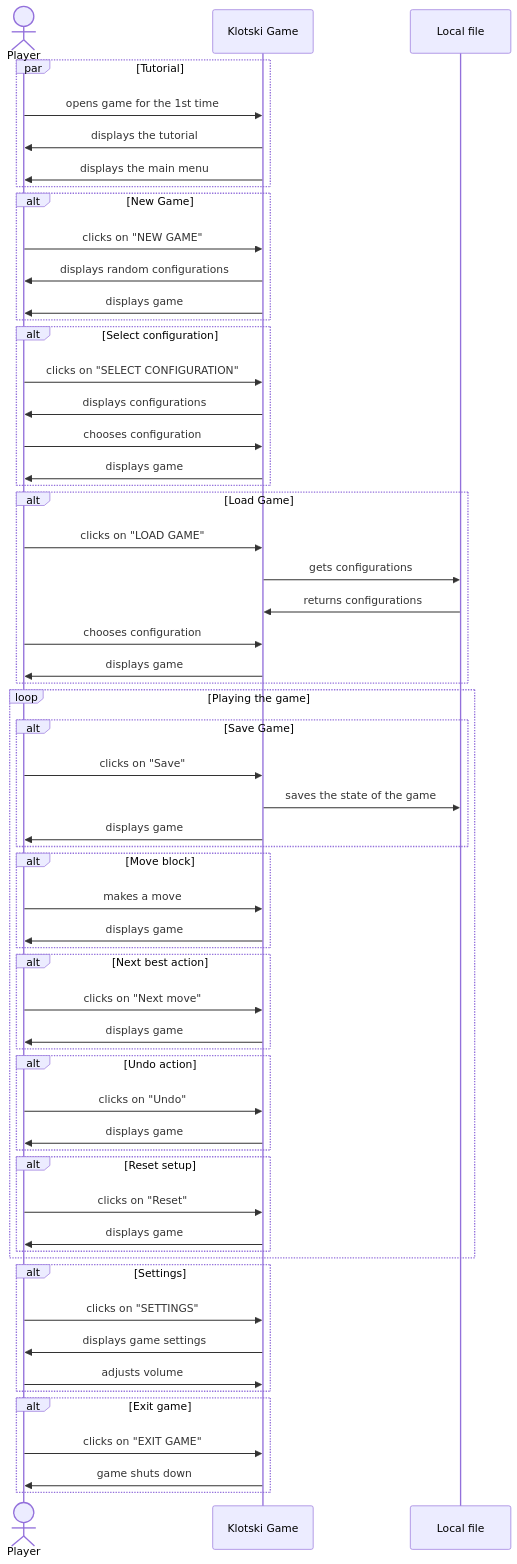
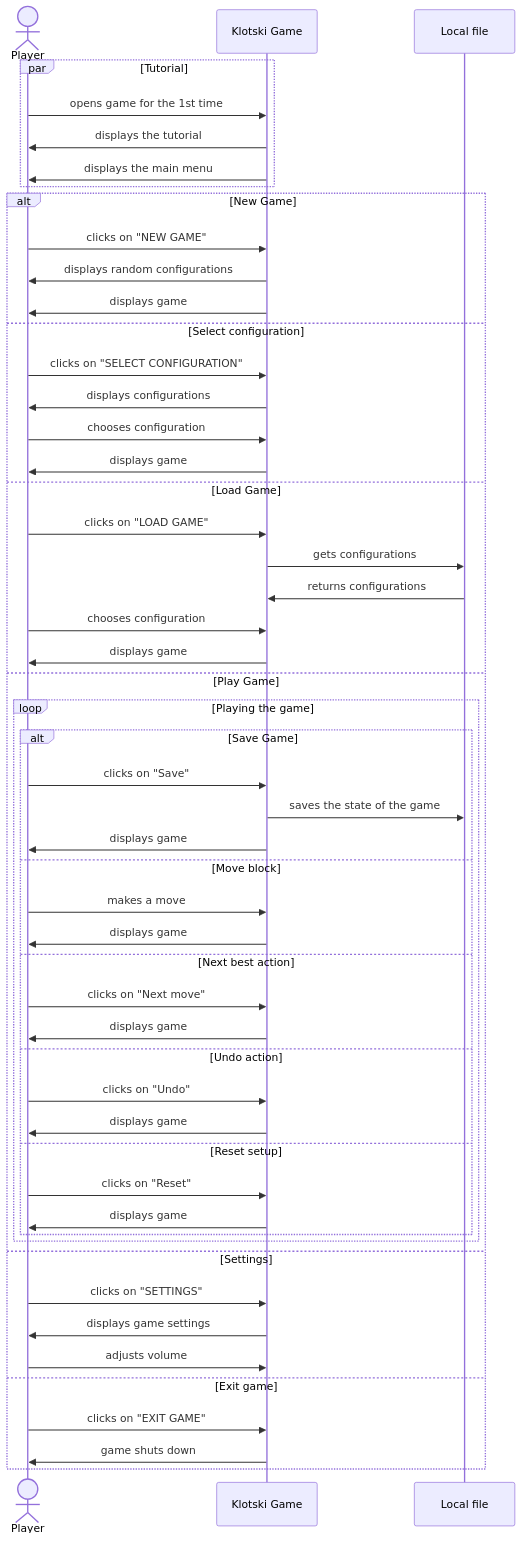
Before and after one commit to BIRSAx2/klotski: the first of 14 diagrams in docs/sequence_diagram/index.md, drawn with Mermaid. The commit also changed other lines of this file, not shown here.

Commit message:
Minor fixes

```diff
--- a/docs/sequence_diagram/index.md
+++ b/docs/sequence_diagram/index.md
@@ -23,67 +23,47 @@
         Player ->> Klotski Game: clicks on "NEW GAME"
         Klotski Game ->> Player: displays random configurations
         Klotski Game ->> Player: displays game
-    end
-
-
-    alt Select configuration
+        
+    else Select configuration
         Player ->> Klotski Game: clicks on "SELECT CONFIGURATION"
         Klotski Game ->> Player: displays configurations
         Player ->> Klotski Game: chooses configuration
         Klotski Game ->> Player: displays game
-    end
-
-
-    alt Load Game
+        
+    else Load Game
         Player ->> Klotski Game: clicks on "LOAD GAME"
         Klotski Game ->> Local file: gets configurations
         Local file ->>  Klotski Game: returns configurations
         Player ->>  Klotski Game: chooses configuration
         Klotski Game ->> Player: displays game
-    end
+        
+    else Play Game
+        loop Playing the game
 
+            alt Save Game
+                Player ->> Klotski Game: clicks on "Save"
+                Klotski Game ->> Local file: saves the state of the game
+                Klotski Game ->> Player : displays game
+            else Move block
+                Player ->> Klotski Game: makes a move
+                Klotski Game ->> Player: displays game
+            else Next best action
+                Player ->> Klotski Game: clicks on "Next move"
+                Klotski Game ->> Player: displays game
+            else Undo action
+                Player ->> Klotski Game: clicks on "Undo"
+                Klotski Game ->> Player: displays game
+            else Reset setup
+                Player ->> Klotski Game: clicks on "Reset"
+                Klotski Game ->> Player: displays game
+            end
 
-
-
-    loop Playing the game
-
-        alt Save Game
-            Player ->> Klotski Game: clicks on "Save"
-            Klotski Game ->> Local file: saves the state of the game
-            Klotski Game ->> Player : displays game
         end
-
-        alt Move block
-            Player ->> Klotski Game: makes a move
-            Klotski Game ->> Player: displays game
-        end
-
-        alt Next best action
-            Player ->> Klotski Game: clicks on "Next move"
-            Klotski Game ->> Player: displays game
-        end
-
-        alt Undo action
-            Player ->> Klotski Game: clicks on "Undo"
-            Klotski Game ->> Player: displays game
-                
-        end
-
-        alt Reset setup
-            Player ->> Klotski Game: clicks on "Reset"
-            Klotski Game ->> Player: displays game
-        end
-
-    end
-
-    alt Settings
+    else Settings
         Player ->> Klotski Game: clicks on "SETTINGS"
         Klotski Game ->> Player: displays game settings
         Player ->> Klotski Game: adjusts volume
-    end
-
-
-    alt Exit game
+    else Exit game
         Player ->> Klotski Game: clicks on "EXIT GAME"
         Klotski Game ->> Player: game shuts down
     end
```
